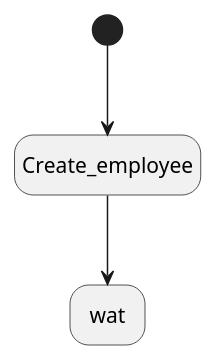
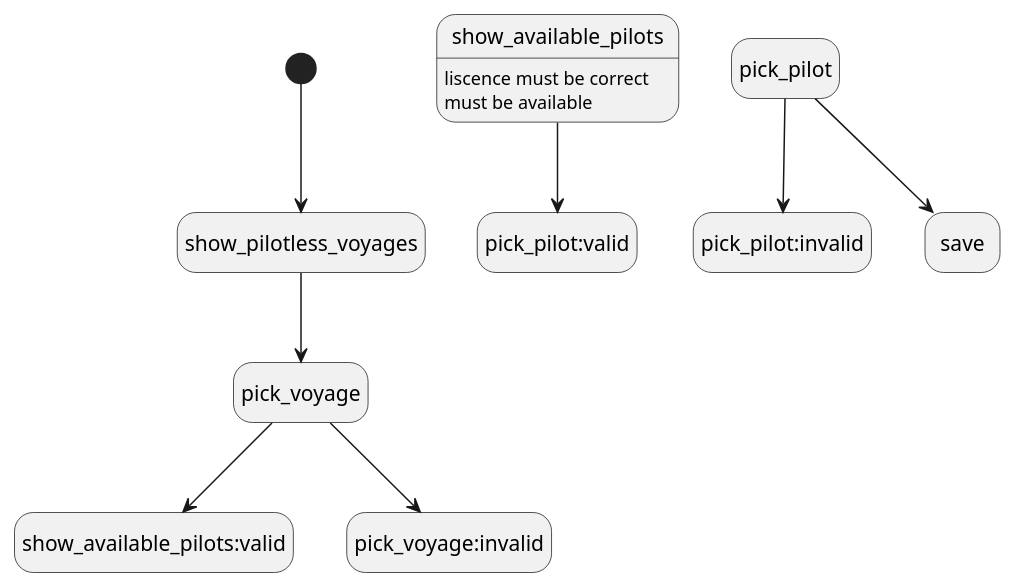
The diagram in state_diagrams/add_pilot_to_voyage_plz.puml (irmalexandra/vln1_chuck_nan), drawn with PlantUML before and after one commit.

```diff
--- a/state_diagrams/add_pilot_to_voyage_plz.puml
+++ b/state_diagrams/add_pilot_to_voyage_plz.puml
@@ -1,9 +1,16 @@
 @startuml pilot to voyage plz k thx
 hide empty description
 
 
-[*] --> Create_employee
-Create_employee --> wat
+[*] --> show_pilotless_voyages
+show_pilotless_voyages --> pick_voyage
+pick_voyage --> show_available_pilots:valid
+pick_voyage --> pick_voyage:invalid
+show_available_pilots: liscence must be correct
+show_available_pilots: must be available
+show_available_pilots --> pick_pilot:valid
+pick_pilot --> pick_pilot:invalid
+pick_pilot --> save
 
 
 @enduml
```
